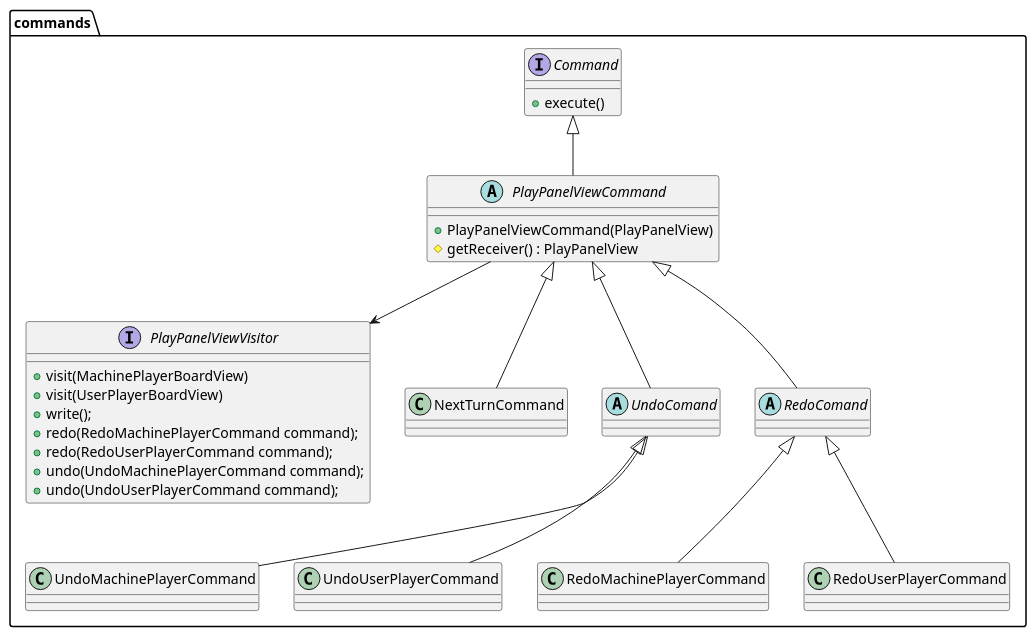
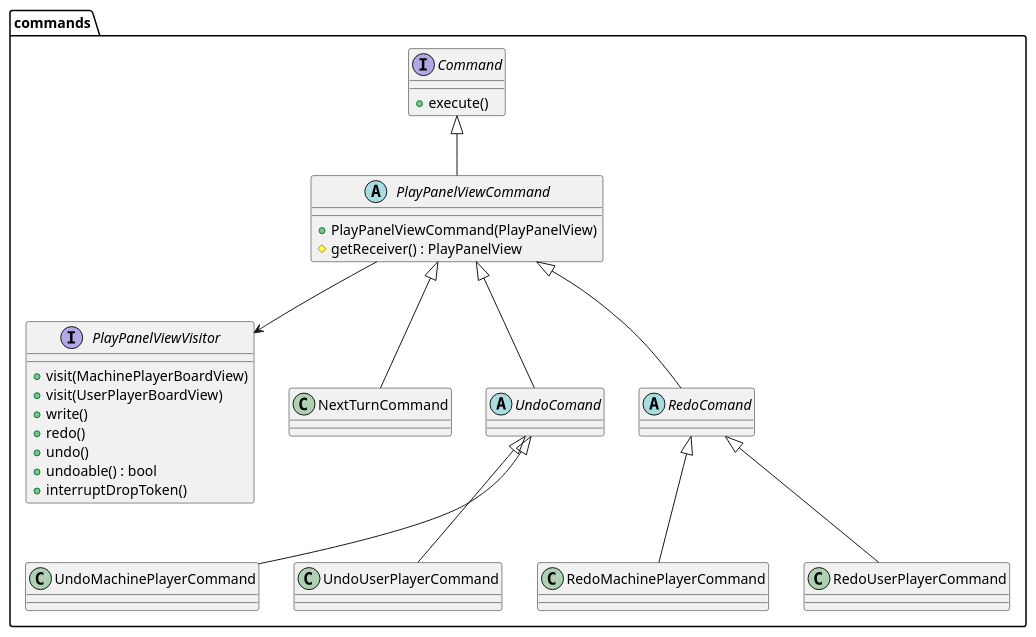
The diagram in connect4/Docs/diagrams/src/packages/connect4.connect4.views.graphics.play.commands.plantuml (js-rom/connect4), drawn with PlantUML before and after one commit. The commit also changed 8 other files, not shown here.

```diff
--- a/connect4/Docs/diagrams/src/packages/connect4.connect4.views.graphics.play.commands.plantuml
+++ b/connect4/Docs/diagrams/src/packages/connect4.connect4.views.graphics.play.commands.plantuml
@@ -1,39 +1,39 @@
 @startuml connect4.connect4.views.graphics.commands
 
 interface commands.PlayPanelViewVisitor {
     +visit(MachinePlayerBoardView)
     +visit(UserPlayerBoardView)
-    +write();
-    +redo(RedoMachinePlayerCommand command);
-    +redo(RedoUserPlayerCommand command);
-    +undo(UndoMachinePlayerCommand command);
-    +undo(UndoUserPlayerCommand command);
+    +write()
+    +redo()
+    +undo()
+    +undoable() : bool
+    +interruptDropToken()
 }
 
 interface commands.Command {
     +execute()
 }
 abstract class commands.PlayPanelViewCommand {
     +PlayPanelViewCommand(PlayPanelView)
     #getReceiver() : PlayPanelView
 }
 
 class commands.NextTurnCommand
 abstract class commands.UndoComand
 abstract class commands.RedoComand
 class commands.RedoMachinePlayerCommand {}
 class commands.UndoMachinePlayerCommand {}
 class commands.RedoUserPlayerCommand {}
 class commands.UndoUserPlayerCommand {}
 
 PlayPanelViewCommand --> PlayPanelViewVisitor
 Command <|-- PlayPanelViewCommand
 PlayPanelViewCommand <|-- NextTurnCommand
 PlayPanelViewCommand <|-- UndoComand
 PlayPanelViewCommand <|-- RedoComand
 UndoComand <|-- UndoMachinePlayerCommand
 UndoComand <|-- UndoUserPlayerCommand
 RedoComand <|-- RedoMachinePlayerCommand
 RedoComand <|-- RedoUserPlayerCommand
 
 @enduml
```
